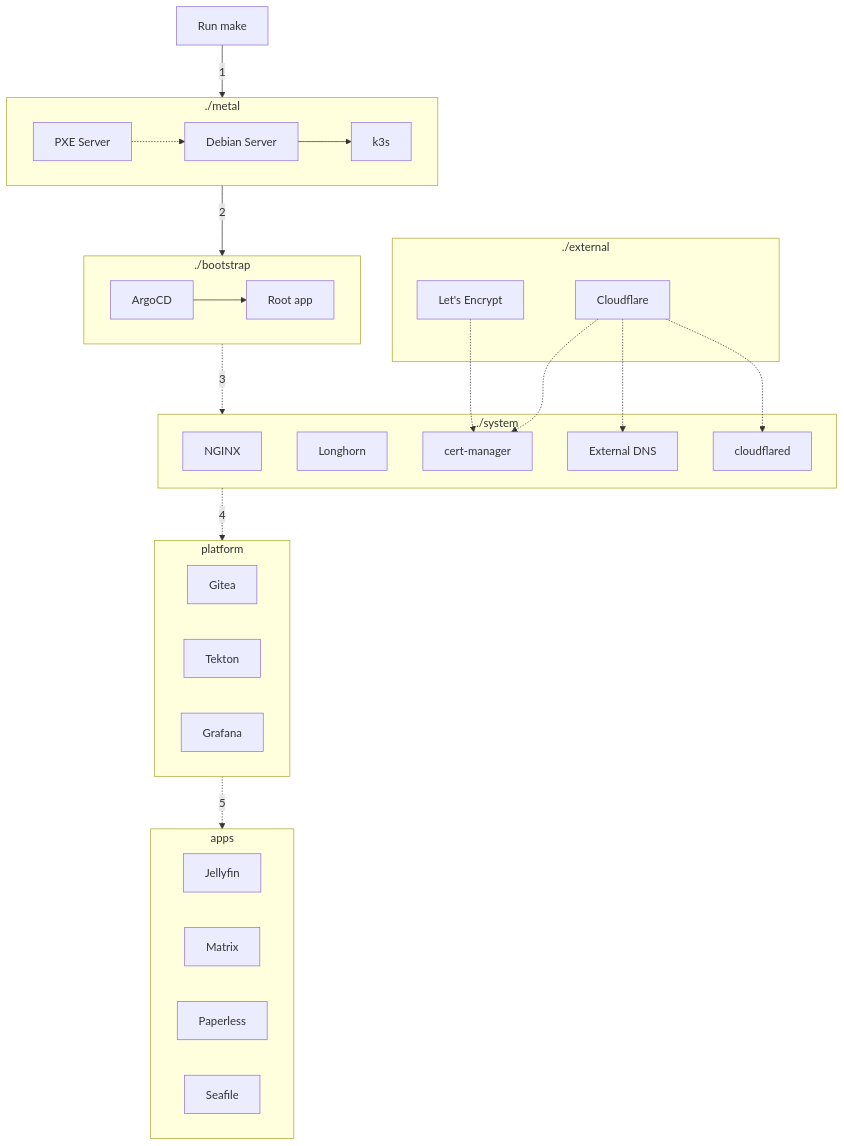
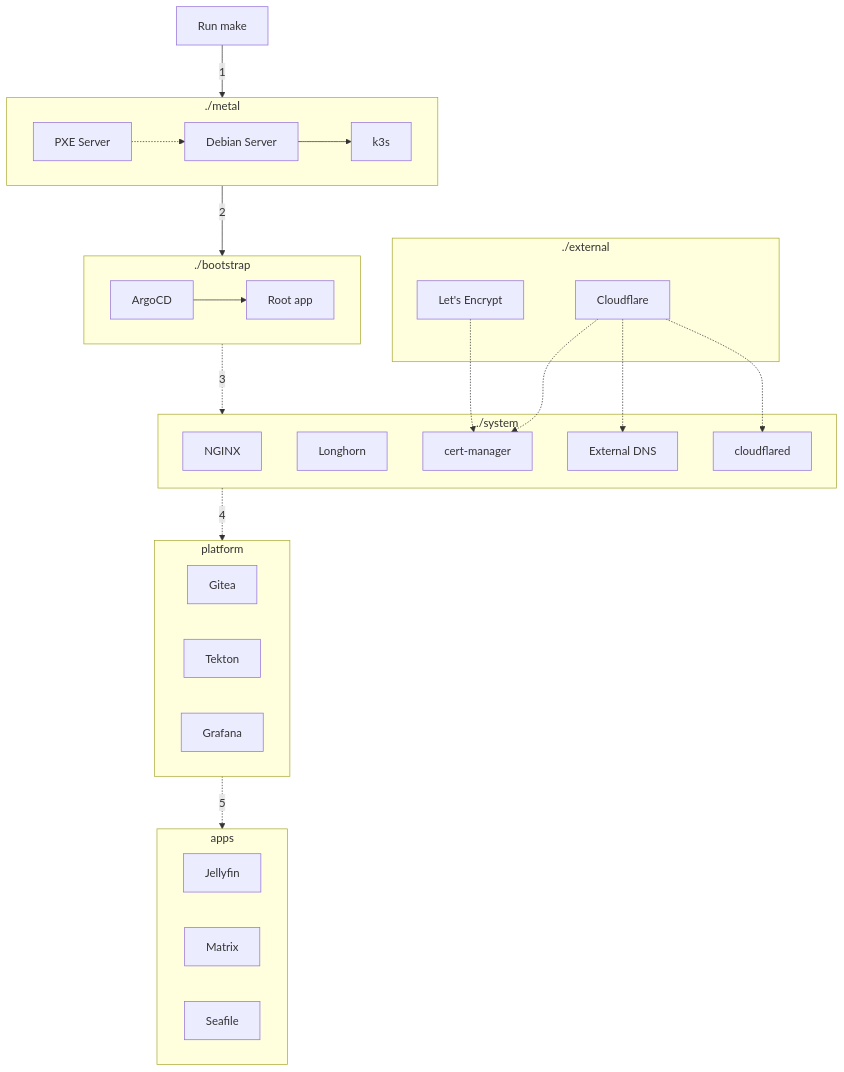
Before and after one commit to romelBen/melo-homelab: the diagram in docs/reference/architecture/overview.md, drawn with Mermaid. The commit also changed 82 other files, not shown here.

````diff
--- a/docs/reference/architecture/overview.md
+++ b/docs/reference/architecture/overview.md
@@ -54,43 +54,42 @@
 ```mermaid
 flowchart TD
   subgraph metal[./metal]
     pxe[PXE Server] -.-> linux[Debian Server] --> k3s
   end
 
   subgraph bootstrap[./bootstrap]
     argocd[ArgoCD] --> rootapp[Root app]
   end
 
   subgraph system[./system]
     nginx[NGINX]
     longhorn[Longhorn]
     cert-manager
     external-dns[External DNS]
     cloudflared
   end
 
   subgraph external[./external]
     letsencrypt[Let's Encrypt]
     cloudflare[Cloudflare]
   end
 
   letsencrypt -.-> cert-manager
   cloudflare -.-> cert-manager
   cloudflare -.-> external-dns
   cloudflare -.-> cloudflared
 
   subgraph platform
     Gitea
     Tekton
     Grafana
   end
 
   subgraph apps
     jellyfin[Jellyfin]
     matrix[Matrix]
-    paperless[Paperless]
     seafile[Seafile]
   end
 
   make[Run make] -- 1 --> metal -- 2 --> bootstrap -. 3 .-> system -. 4 .-> platform -. 5 .-> apps
 ```
````
